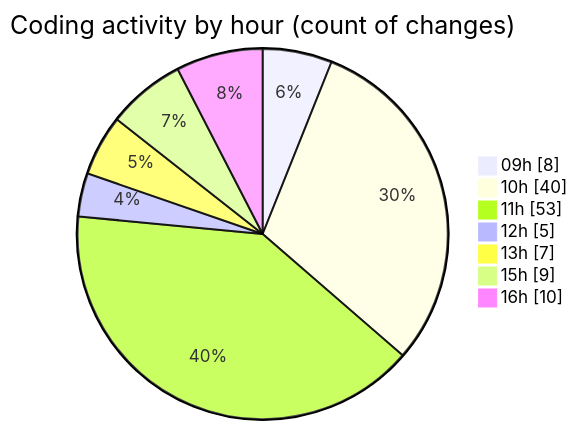
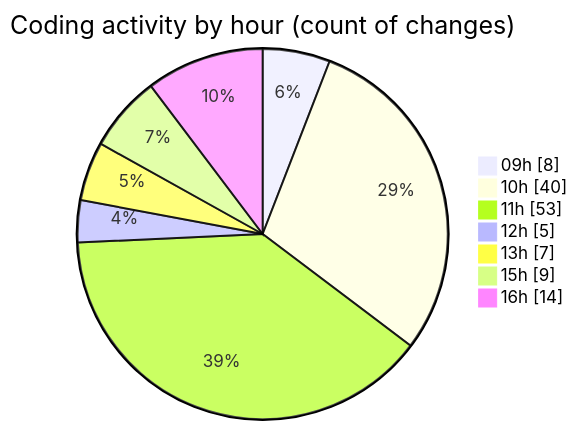
The second of 2 diagrams in 2025-09-01/cda/README.md (momahboobian/code-tracking), drawn with Mermaid before and after one commit. The commit also changed other lines of this file and 1 other file, not shown here.

````diff
--- a/2025-09-01/cda/README.md
+++ b/2025-09-01/cda/README.md
@@ -42,11 +43,11 @@
 ```mermaid
 pie showData
 title Coding activity by hour (count of changes)
 "09h" : 8
 "10h" : 40
 "11h" : 53
 "12h" : 5
 "13h" : 7
 "15h" : 9
-"16h" : 10
+"16h" : 14
 ```
````
